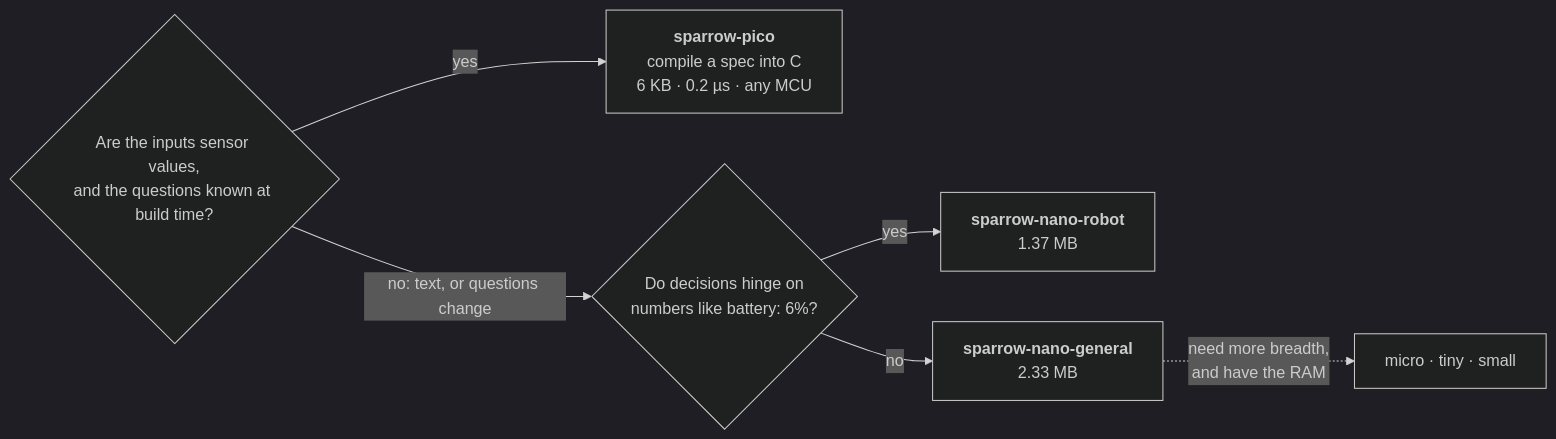
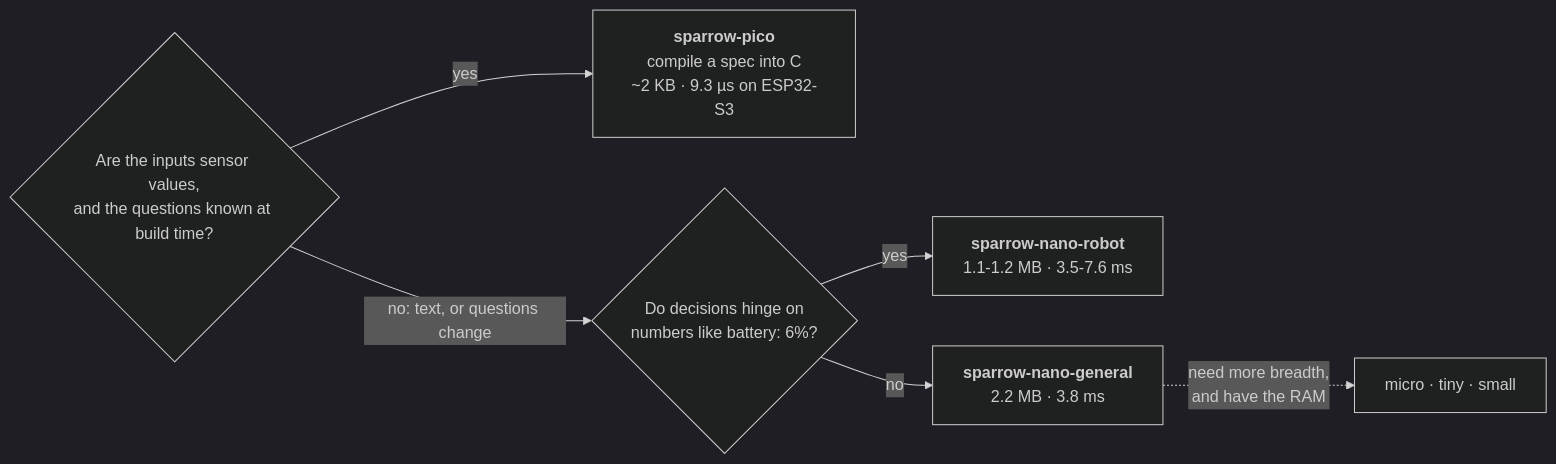
One commit to sparrow-decider/sparrow-decider changed the first of 2 diagrams in README.md. Above: the diagram before and after it, drawn with Mermaid (dark theme). The commit also changed other lines of this file and 145 other files, not shown here.

````diff
--- a/README.md
+++ b/README.md
@@ -91,9 +94,9 @@
 ```mermaid
 flowchart LR
     Q{"Are the inputs sensor values,<br/>and the questions known at build time?"}
-    Q -- yes --> P["<b>sparrow-pico</b><br/>compile a spec into C<br/>6 KB · 0.2 µs · any MCU"]
+    Q -- yes --> P["<b>sparrow-pico</b><br/>compile a spec into C<br/>~2 KB · 9.3 µs on ESP32-S3"]
     Q -- "no: text, or questions change" --> R{"Do decisions hinge on<br/>numbers like battery: 6%?"}
-    R -- yes --> NR["<b>sparrow-nano-robot</b><br/>1.37 MB"]
-    R -- no --> NG["<b>sparrow-nano-general</b><br/>2.33 MB"]
+    R -- yes --> NR["<b>sparrow-nano-robot</b><br/>1.1-1.2 MB · 3.5-7.6 ms"]
+    R -- no --> NG["<b>sparrow-nano-general</b><br/>2.2 MB · 3.8 ms"]
     NG -. "need more breadth,<br/>and have the RAM" .-> M["micro · tiny · small"]
 ```
````
